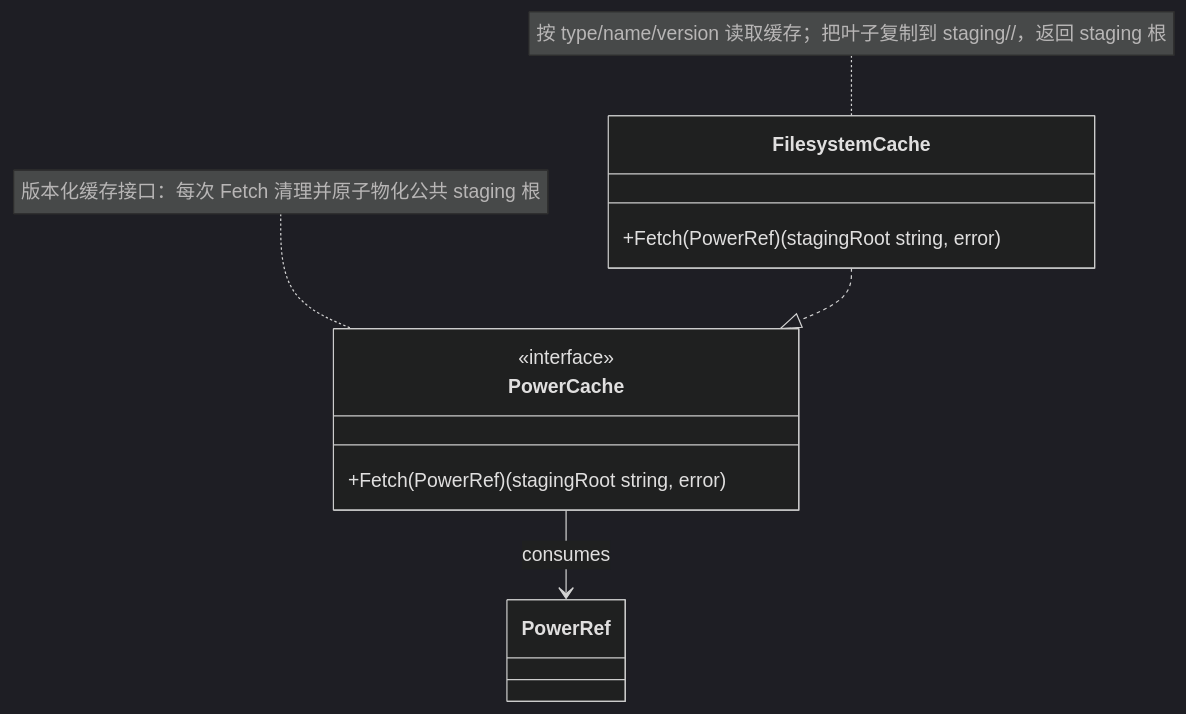
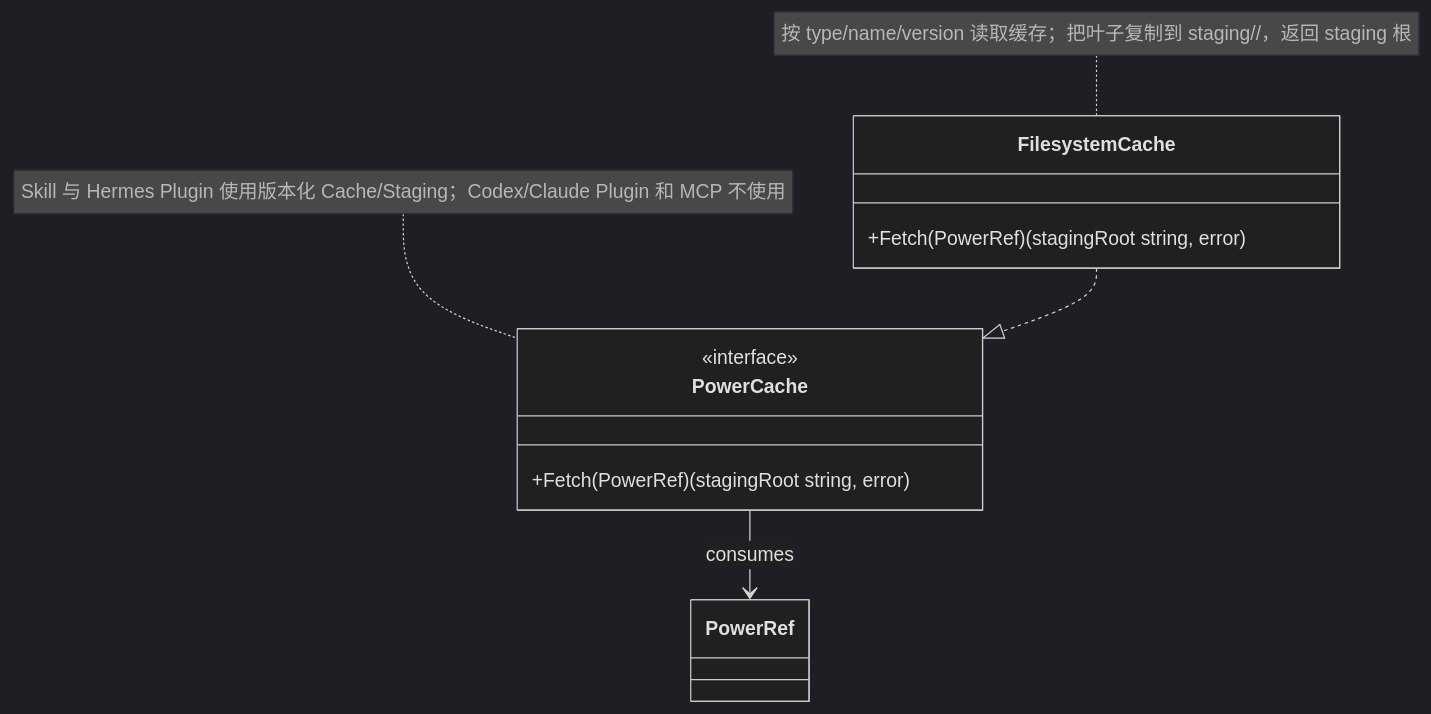
Before and after one commit to spacemit-com/agent-power-manager: the diagram in ivory-tower/c4/components/apm-cli-diagrams/cache-manager.mmd, drawn with Mermaid (dark theme). The commit also changed 15 other files, not shown here.

Commit message:
docs(plugin): record lifecycle architecture

```diff
--- a/ivory-tower/c4/components/apm-cli-diagrams/cache-manager.mmd
+++ b/ivory-tower/c4/components/apm-cli-diagrams/cache-manager.mmd
@@ -1,14 +1,14 @@
 classDiagram
-    note for PowerCache "版本化缓存接口：每次 Fetch 清理并原子物化公共 staging 根"
+    note for PowerCache "Skill 与 Hermes Plugin 使用版本化 Cache/Staging；Codex/Claude Plugin 和 MCP 不使用"
     class PowerCache {
         <<interface>>
         +Fetch(PowerRef) (stagingRoot string, error)
     }
 
     note for FilesystemCache "按 type/name/version 读取缓存；把叶子复制到 staging/<type-directory>/<name>，返回 staging 根"
     class FilesystemCache {
         +Fetch(PowerRef) (stagingRoot string, error)
     }
 
     FilesystemCache ..|> PowerCache
     PowerCache --> PowerRef : consumes
```
